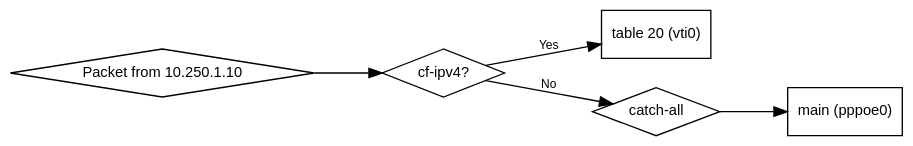
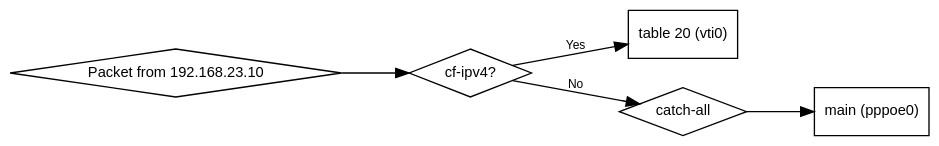
Before and after one commit to erfianugrah/lexicanum: the second of 2 diagrams in src/content/docs/guides/vyos-dot.mdx, drawn with Graphviz. The commit also changed other lines of this file and 17 other files, not shown here.

````diff
--- a/src/content/docs/guides/vyos-dot.mdx
+++ b/src/content/docs/guides/vyos-dot.mdx
@@ -275,19 +275,19 @@
 ```dot
 digraph {
   rankdir=LR; bgcolor="transparent"; compound=true; nodesep=0.3; ranksep=0.7;
   fontname="Helvetica,Arial,sans-serif";
   node [fontname="Helvetica,Arial,sans-serif", fontsize=11, shape=box];
   edge [fontname="Helvetica,Arial,sans-serif", fontsize=9];
 
-  Start   [label="Packet from 10.250.1.10", shape=diamond];
+  Start   [label="Packet from 192.168.23.10", shape=diamond];
   Rule1   [label="cf-ipv4?", shape=diamond];
   Table20 [label="table 20 (vti0)"];
   Rule2   [label="catch-all", shape=diamond];
   Main    [label="main (pppoe0)"];
 
   Start -> Rule1;
   Rule1 -> Table20 [label="Yes"];
   Rule1 -> Rule2   [label="No"];
   Rule2 -> Main;
 }
 ```
````
